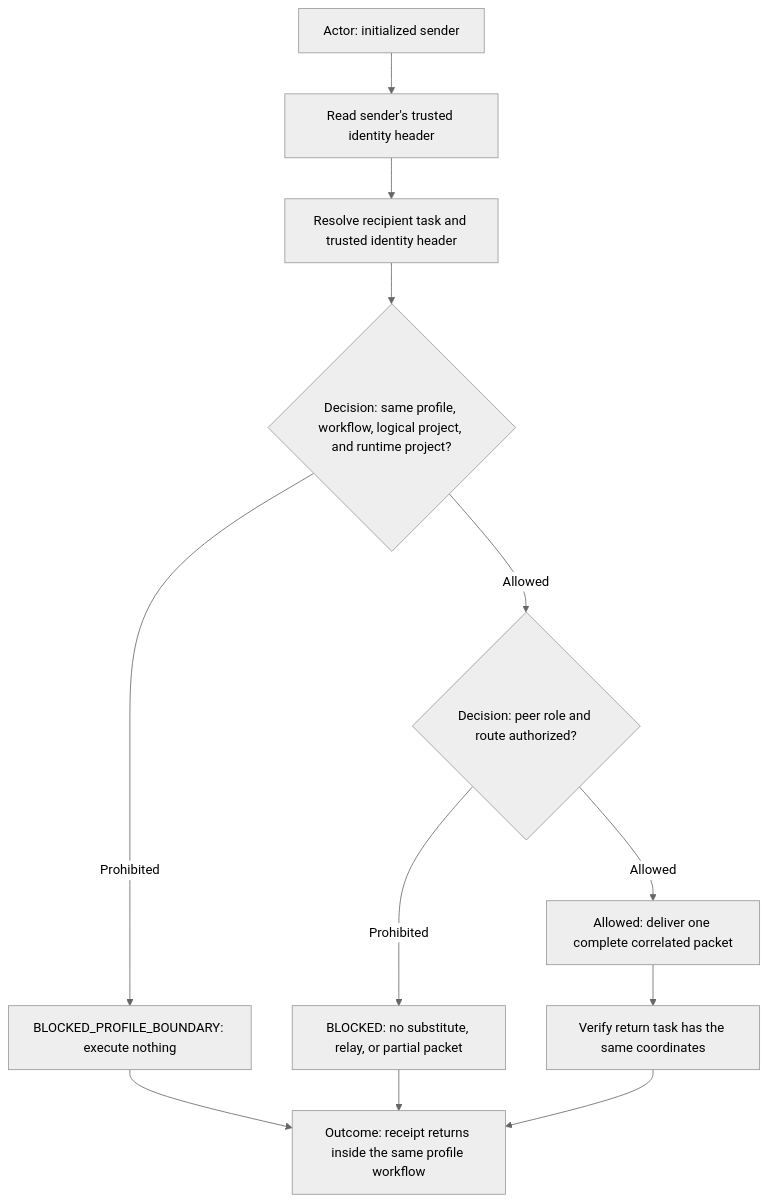
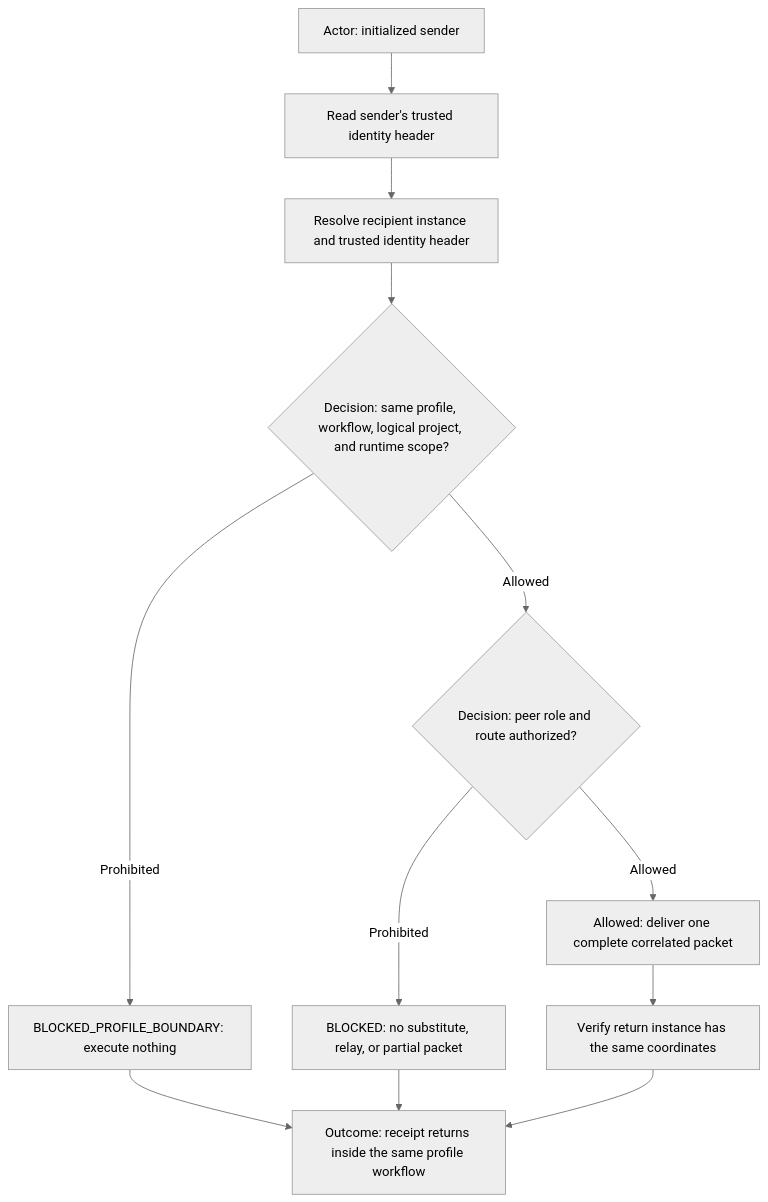
One commit to starodubtsevconsulting/ai-fleas changed the ninth of 17 diagrams in ai-workflows/agents.md. Above: the diagram before and after it, drawn with Mermaid (neutral theme). The commit also changed other lines of this file and 15 other files, not shown here.

````diff
--- a/ai-workflows/agents.md
+++ b/ai-workflows/agents.md
@@ -175,15 +178,15 @@
 ```mermaid
 flowchart TD
   Actor["Actor: initialized sender"]
   Actor --> Sender["Read sender's trusted identity header"]
-  Sender --> Recipient["Resolve recipient task and trusted identity header"]
-  Recipient --> Boundary{"Decision: same profile, workflow, logical project, and runtime project?"}
+  Sender --> Recipient["Resolve recipient instance and trusted identity header"]
+  Recipient --> Boundary{"Decision: same profile, workflow, logical project, and runtime scope?"}
   Boundary -->|Prohibited| ProfileBlock["BLOCKED_PROFILE_BOUNDARY: execute nothing"]
   Boundary -->|Allowed| Route{"Decision: peer role and route authorized?"}
   Route -->|Prohibited| RouteBlock["BLOCKED: no substitute, relay, or partial packet"]
   Route -->|Allowed| Send["Allowed: deliver one complete correlated packet"]
-  Send --> Return["Verify return task has the same coordinates"]
+  Send --> Return["Verify return instance has the same coordinates"]
   Return --> Outcome["Outcome: receipt returns inside the same profile workflow"]
   ProfileBlock --> Outcome
   RouteBlock --> Outcome
 ```
````
